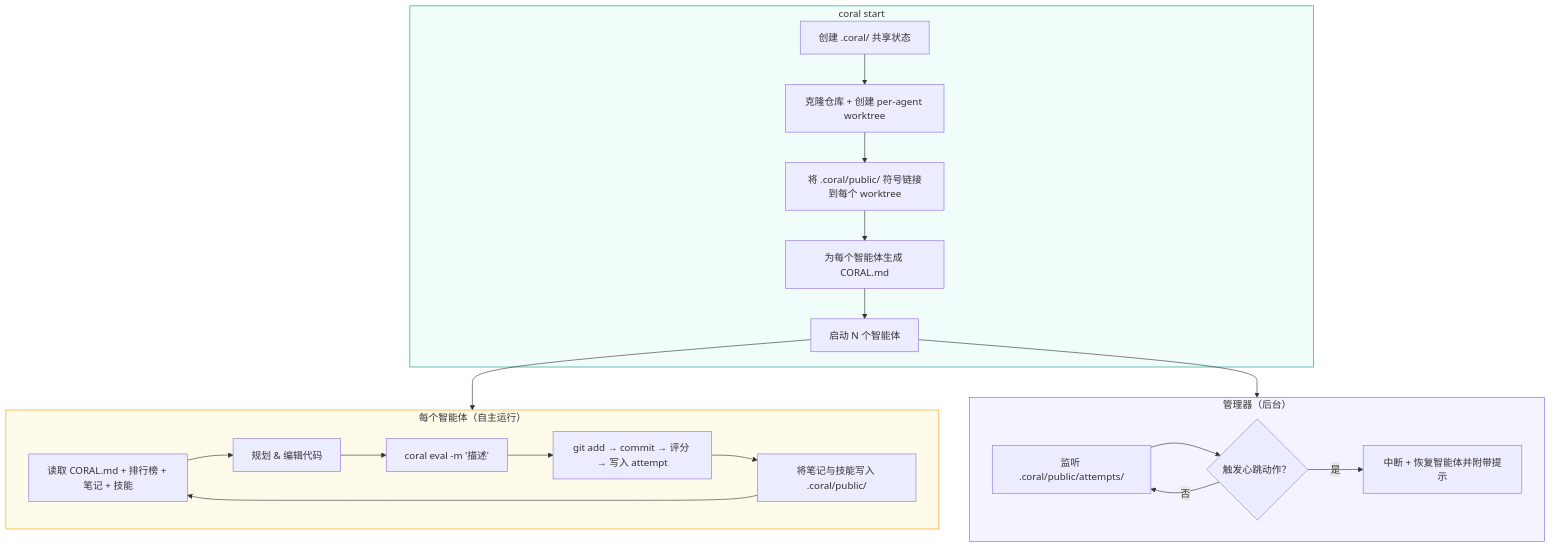
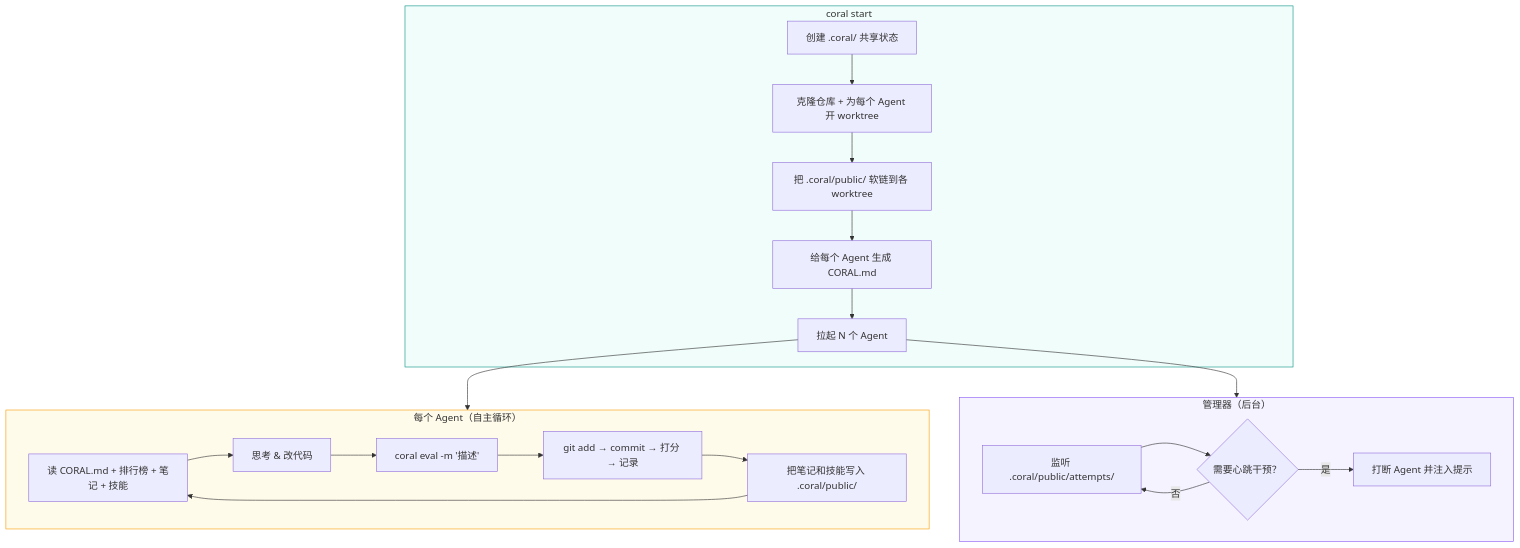
The diagram in README_CN.md (Human-Agent-Society/CORAL), drawn with Mermaid before and after one commit. The commit also changed other lines of this file and 1 other file, not shown here.

````diff
--- a/README_CN.md
+++ b/README_CN.md
@@ -53,30 +53,30 @@
 ```mermaid
 graph TD
     subgraph Setup["coral start"]
-        A[创建 .coral/ 共享状态] --> B[克隆仓库 + 创建 per-agent worktree]
-        B --> C[将 .coral/public/ 符号链接到每个 worktree]
-        C --> D[为每个智能体生成 CORAL.md]
-        D --> E[启动 N 个智能体]
+        A[创建 .coral/ 共享状态] --> B[克隆仓库 + 为每个 Agent 开 worktree]
+        B --> C[把 .coral/public/ 软链到各 worktree]
+        C --> D[给每个 Agent 生成 CORAL.md]
+        D --> E[拉起 N 个 Agent]
     end
 
-    subgraph Loop["每个智能体（自主运行）"]
-        F[读取 CORAL.md + 排行榜 + 笔记 + 技能] --> G[规划 & 编辑代码]
+    subgraph Loop["每个 Agent（自主循环）"]
+        F[读 CORAL.md + 排行榜 + 笔记 + 技能] --> G[思考 & 改代码]
         G --> H["coral eval -m '描述'"]
-        H --> I["git add → commit → 评分 → 写入 attempt"]
-        I --> J[将笔记与技能写入 .coral/public/]
+        H --> I["git add → commit → 打分 → 记录"]
+        I --> J[把笔记和技能写入 .coral/public/]
         J --> F
     end
 
     subgraph Monitor["管理器（后台）"]
-        K[监听 .coral/public/attempts/] --> L{触发心跳动作？}
-        L -->|是| M[中断 + 恢复智能体并附带提示]
+        K[监听 .coral/public/attempts/] --> L{需要心跳干预？}
+        L -->|是| M[打断 Agent 并注入提示]
         L -->|否| K
     end
 
     E --> Loop
     E --> Monitor
 
     style Setup fill:#f0fdfa,stroke:#0d9488
     style Loop fill:#fffbeb,stroke:#f59e0b
     style Monitor fill:#f5f3ff,stroke:#8b5cf6
 ```
````
